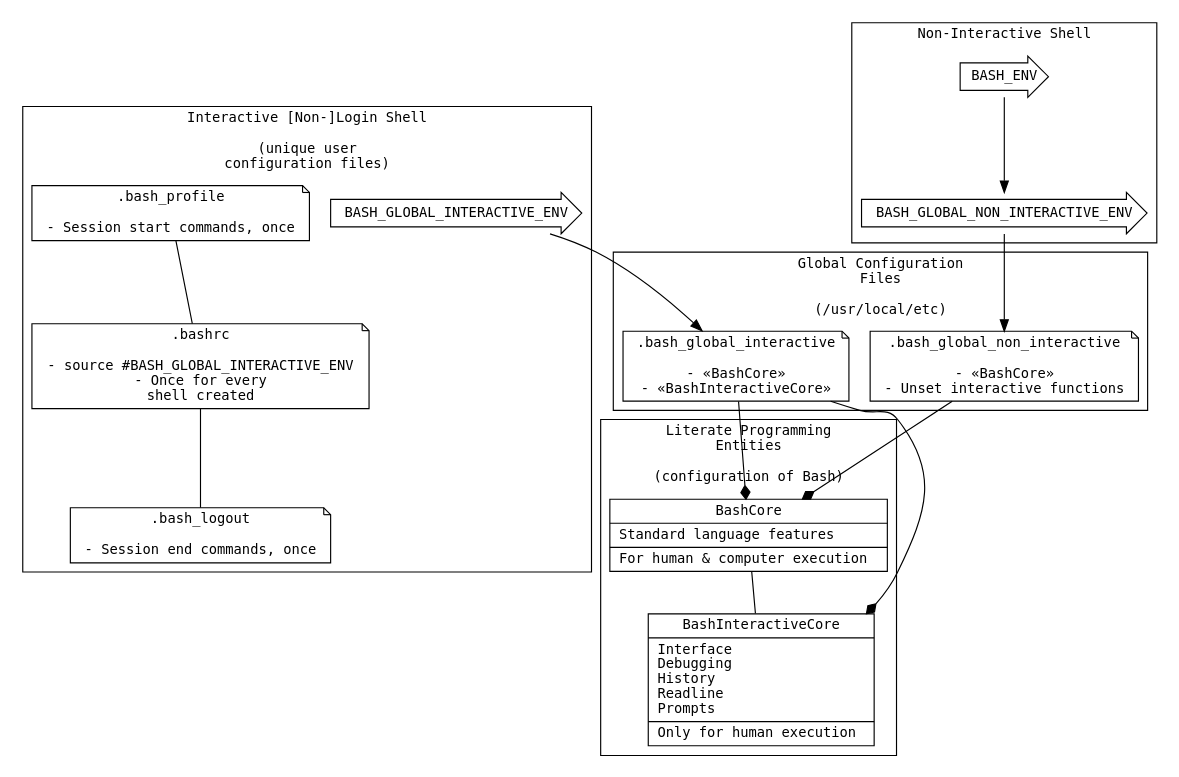
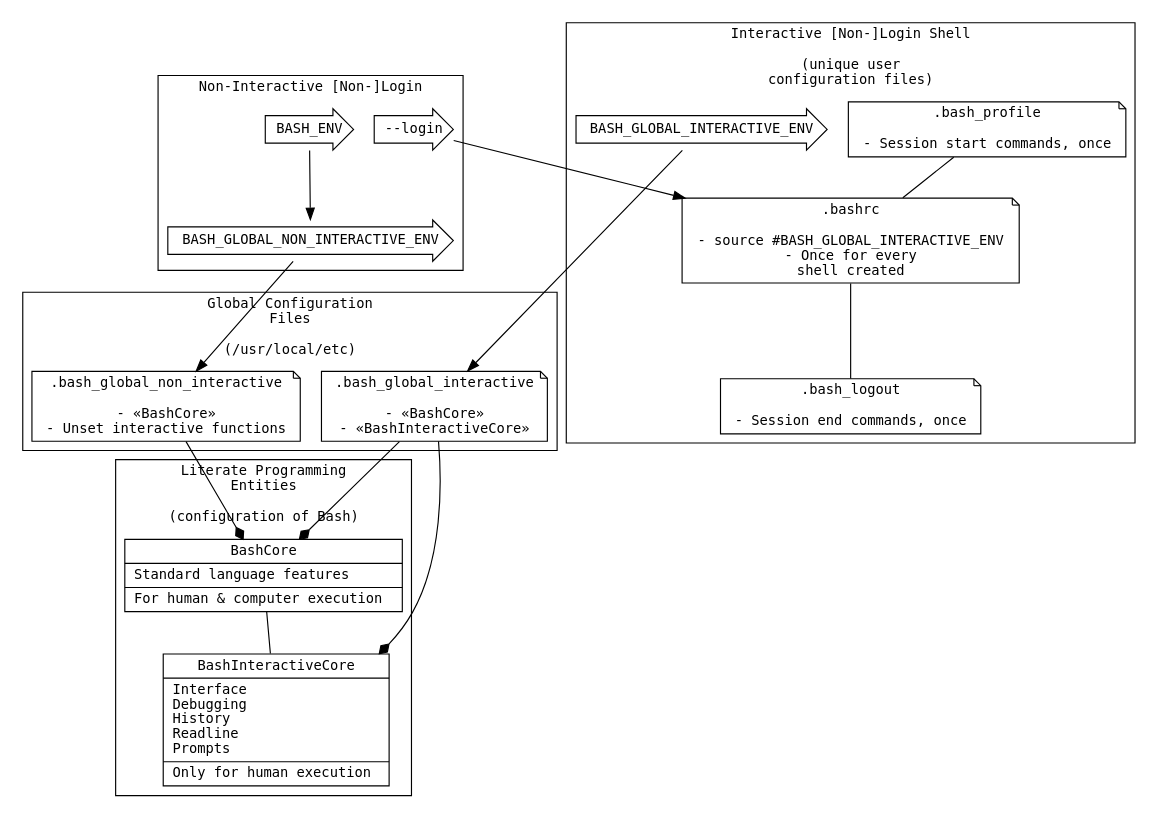
The diagram in bash.org (grettke/bash), drawn with Graphviz before and after one commit.

```diff
--- a/bash.org
+++ b/bash.org
@@ -2430,38 +2430,41 @@
 #+BEGIN_SRC dot :file "./image/version04.png" :wrap "RESULTS"
 digraph version5 {
-  fontname = "DejaVu Sans Mono"
-  fontsize = 12
-  node [shape = "record" fontname = "DejaVu Sans Mono" fontsize = 12]
+  fontname = "DejaVu Sans Mono";
+  fontsize = 12;
+  node [shape = "record" fontname = "DejaVu Sans Mono" fontsize = 12];
+  compound = true;
   subgraph cluster_0 {
     label = "Literate Programming\nEntities\n\n(configuration of Bash)";
-    BashCore[label = "{BashCore|Standard language features\l|For human & computer execution\l}"]
-    BashInteractiveCore[label = "{BashInteractiveCore|Interface\lDebugging\lHistory\lReadline\lPrompts\l|Only for human execution\l}"]
+    BashCore[label = "{BashCore|Standard language features\l|For human & computer execution\l}"];
+    BashInteractiveCore[label = "{BashInteractiveCore|Interface\lDebugging\lHistory\lReadline\lPrompts\l|Only for human execution\l}"];
   }
   subgraph cluster_1 {
     label = "Global Configuration\nFiles\n\n(/usr/local/etc)";
-    BashGlobalNonInteractiveFile[shape = "note" label = ".bash_global_non_interactive\n\n- «BashCore»\n- Unset interactive functions"]
-    BashGlobalInteractiveFile[shape = "note" label = ".bash_global_interactive\n\n- «BashCore»\n- «BashInteractiveCore»"]
+    BashGlobalNonInteractiveFile[shape = "note" label = ".bash_global_non_interactive\n\n- «BashCore»\n- Unset interactive functions"];
+    BashGlobalInteractiveFile[shape = "note" label = ".bash_global_interactive\n\n- «BashCore»\n- «BashInteractiveCore»"];
   }
   subgraph cluster_2 {
     label = "Interactive [Non-]Login Shell\n\n(unique user\nconfiguration files)";
-    BashProfile[shape = "note" label = ".bash_profile\n\n- Session start commands, once"]
-    BashRc[shape = "note" label = ".bashrc\n\n- source #BASH_GLOBAL_INTERACTIVE_ENV\n- Once for every\nshell created"]
-    BashLogout[shape = "note" label = ".bash_logout\n\n- Session end commands, once"]
-    BashGlobalInteractiveProp [shape = "rarrow" label = "BASH_GLOBAL_INTERACTIVE_ENV"]
+    BashProfile[shape = "note" label = ".bash_profile\n\n- Session start commands, once"];
+    BashRc[shape = "note" label = ".bashrc\n\n- source #BASH_GLOBAL_INTERACTIVE_ENV\n- Once for every\nshell created"];
+    BashLogout[shape = "note" label = ".bash_logout\n\n- Session end commands, once"];
+    BashGlobalInteractiveProp [shape = "rarrow" label = "BASH_GLOBAL_INTERACTIVE_ENV"];
   }
   subgraph cluster_3 {
-    label = "Non-Interactive Shell";
-    BashEnv [shape = "rarrow" label = "BASH_ENV"]
-    BashGlobalNonInteractiveProp [shape = "rarrow" label = "BASH_GLOBAL_NON_INTERACTIVE_ENV"]
+    label = "Non-Interactive [Non-]Login";
+    BashEnv [shape = "rarrow" label = "BASH_ENV"];
+    BashGlobalNonInteractiveProp [shape = "rarrow" label = "BASH_GLOBAL_NON_INTERACTIVE_ENV"];
+    BashNonInteractiveLoginInit [shape = "rarrow" label="--login"];
   }
 
   BashCore -> BashInteractiveCore [arrowhead=none];
-  BashProfile -> BashRc [arrowhead=none]
+  BashProfile -> BashRc [arrowhead=none];
   BashRc -> BashLogout [arrowhead=none];
   BashEnv -> BashGlobalNonInteractiveProp -> BashGlobalNonInteractiveFile;
   BashGlobalInteractiveProp -> BashGlobalInteractiveFile;
+  BashNonInteractiveLoginInit -> BashRc [ltail=cluster_0];
   BashGlobalInteractiveFile -> BashCore [arrowhead=diamond];
   BashGlobalInteractiveFile -> BashInteractiveCore [arrowhead=diamond];
   BashGlobalNonInteractiveFile -> BashCore [arrowhead=diamond];
 }
 #+END_SRC
```
